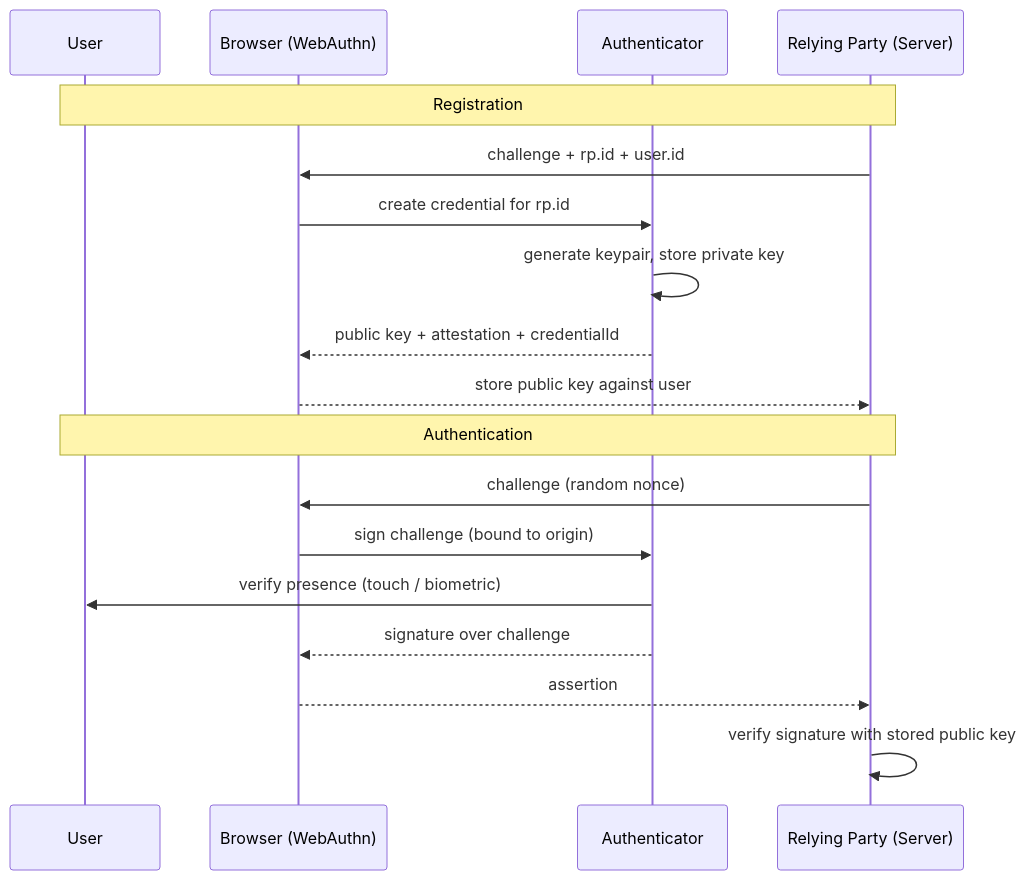
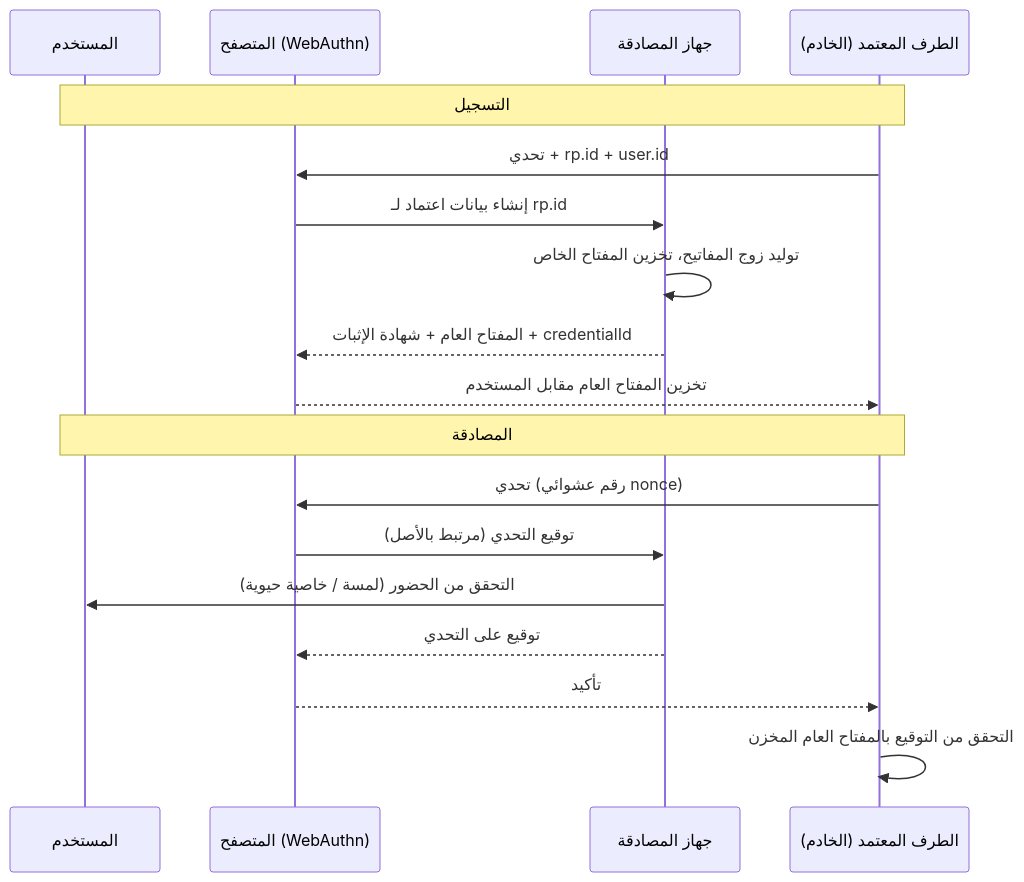
Before and after one commit to ibra-kdbra/banije: the second of 8 diagrams in src/content/translate/ar/identity-and-access-in-depth.md, drawn with Mermaid. The commit also changed other lines of this file and 33 other files, not shown here.

````diff
--- a/src/content/translate/ar/identity-and-access-in-depth.md
+++ b/src/content/translate/ar/identity-and-access-in-depth.md
@@ -105,22 +105,22 @@
 ```mermaid
 sequenceDiagram
-    participant U as User
-    participant B as Browser (WebAuthn)
-    participant A as Authenticator
-    participant RP as Relying Party (Server)
+    participant U as المستخدم
+    participant B as المتصفح (WebAuthn)
+    participant A as جهاز المصادقة
+    participant RP as الطرف المعتمد (الخادم)
 
-    Note over U,RP: Registration
-    RP->>B: challenge + rp.id + user.id
-    B->>A: create credential for rp.id
-    A->>A: generate keypair, store private key
-    A-->>B: public key + attestation + credentialId
-    B-->>RP: store public key against user
+    Note over U,RP: التسجيل
+    RP->>B: تحدي + rp.id + user.id
+    B->>A: إنشاء بيانات اعتماد لـ rp.id
+    A->>A: توليد زوج المفاتيح، تخزين المفتاح الخاص
+    A-->>B: المفتاح العام + شهادة الإثبات + credentialId
+    B-->>RP: تخزين المفتاح العام مقابل المستخدم
 
-    Note over U,RP: Authentication
-    RP->>B: challenge (random nonce)
-    B->>A: sign challenge (bound to origin)
-    A->>U: verify presence (touch / biometric)
-    A-->>B: signature over challenge
-    B-->>RP: assertion
-    RP->>RP: verify signature with stored public key
+    Note over U,RP: المصادقة
+    RP->>B: تحدي (رقم عشوائي nonce)
+    B->>A: توقيع التحدي (مرتبط بالأصل)
+    A->>U: التحقق من الحضور (لمسة / خاصية حيوية)
+    A-->>B: توقيع على التحدي
+    B-->>RP: تأكيد
+    RP->>RP: التحقق من التوقيع بالمفتاح العام المخزن
 ```
````
